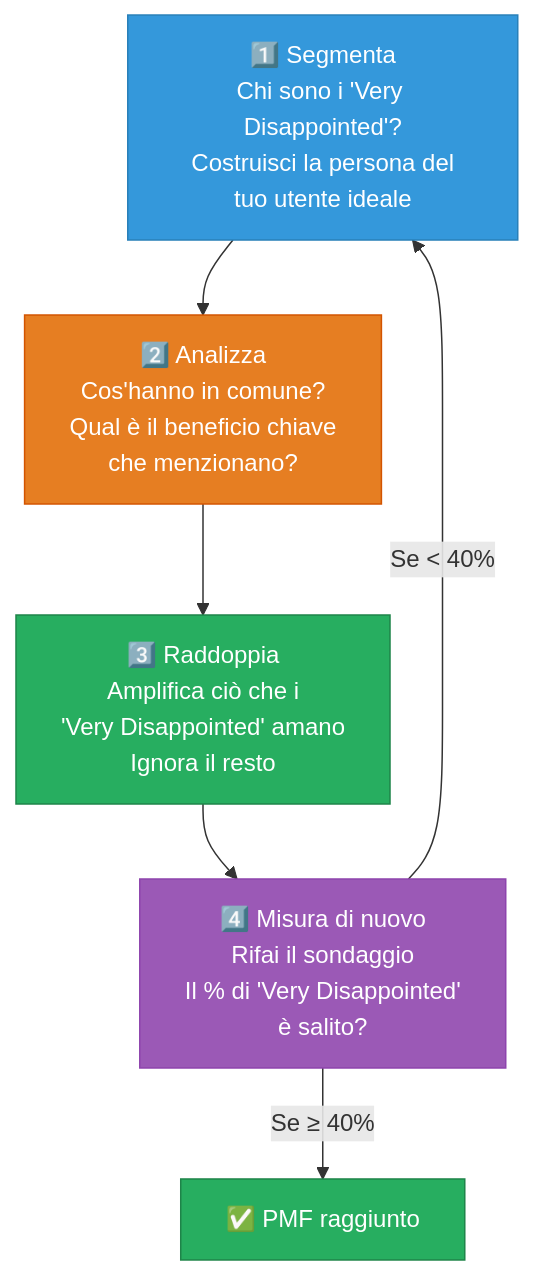
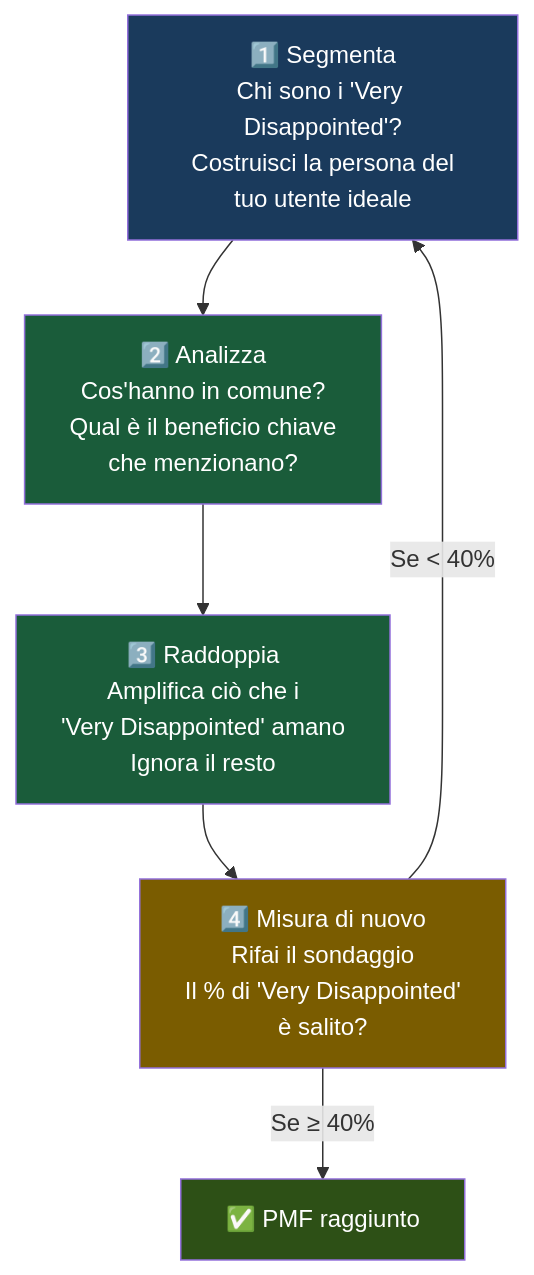
One commit to AndreyBertasini/gynnitech changed the third of 5 diagrams in src/content/corso/analisi-prodotto/product-market-fit.mdx. Above: the diagram before and after it, drawn with Mermaid. The commit also changed other lines of this file and 21 other files, not shown here.

First line of the commit message:
style: applica color scheme semantico a tutti i diagrammi Mermaid del corso

````diff
--- a/src/content/corso/analisi-prodotto/product-market-fit.mdx
+++ b/src/content/corso/analisi-prodotto/product-market-fit.mdx
@@ -143,13 +156,13 @@
 ```mermaid
 graph TD
     S1["1️⃣ Segmenta\nChi sono i 'Very Disappointed'?\nCostruisci la persona del\ntuo utente ideale"] --> S2["2️⃣ Analizza\nCos'hanno in comune?\nQual è il beneficio chiave\nche menzionano?"]
     S2 --> S3["3️⃣ Raddoppia\nAmplifica ciò che i\n'Very Disappointed' amano\nIgnora il resto"]
     S3 --> S4["4️⃣ Misura di nuovo\nRifai il sondaggio\nIl % di 'Very Disappointed'\nè salito?"]
     S4 --> |"Se < 40%"| S1
     S4 --> |"Se ≥ 40%"| PMF["✅ PMF raggiunto"]
-    style S1 fill:#3498db,stroke:#2980b9,color:#fff
-    style S2 fill:#e67e22,stroke:#d35400,color:#fff
-    style S3 fill:#27ae60,stroke:#1e8449,color:#fff
-    style S4 fill:#9b59b6,stroke:#8e44ad,color:#fff
-    style PMF fill:#27ae60,stroke:#1e8449,color:#fff
+    style S1 fill:#1a3a5c,color:#ffffff
+    style S2 fill:#1a5c3a,color:#ffffff
+    style S3 fill:#1a5c3a,color:#ffffff
+    style S4 fill:#7a5c00,color:#ffffff
+    style PMF fill:#2d5016,color:#ffffff
 ```
````
